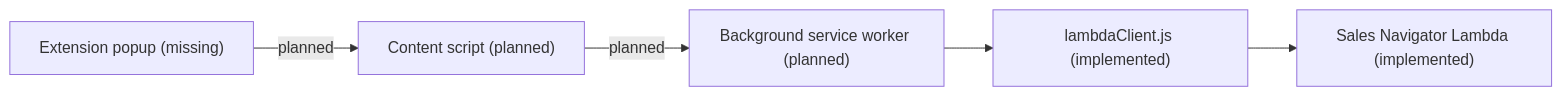
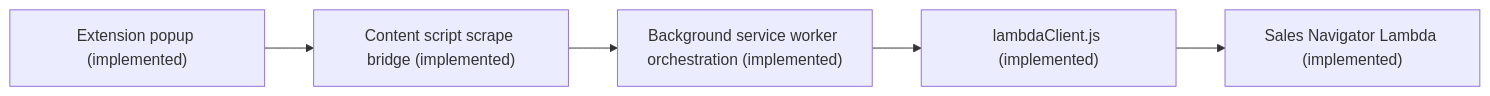
Before and after one commit to thekoushikdurgas/docsai: diagram 52 of 59 in docs/flowchart.md, drawn with Mermaid. The commit also changed other lines of this file and 4763 other files, not shown here.

````diff
--- a/docs/flowchart.md
+++ b/docs/flowchart.md
@@ -1102,7 +1108,7 @@
 ```mermaid
 flowchart LR
-    extensionUI["Extension popup (missing)"] -->|"planned"| contentScript["Content script (planned)"]
-    contentScript -->|"planned"| bgWorker["Background service worker (planned)"]
+    extensionUI["Extension popup (implemented)"] --> contentScript["Content script scrape bridge (implemented)"]
+    contentScript --> bgWorker["Background service worker orchestration (implemented)"]
     bgWorker --> lambdaClient["lambdaClient.js (implemented)"]
     lambdaClient --> salesnavAPI["Sales Navigator Lambda (implemented)"]
 ```
````
